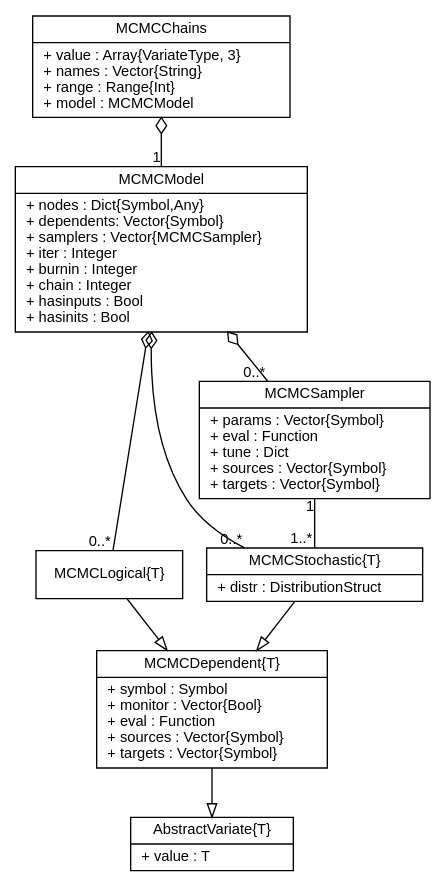
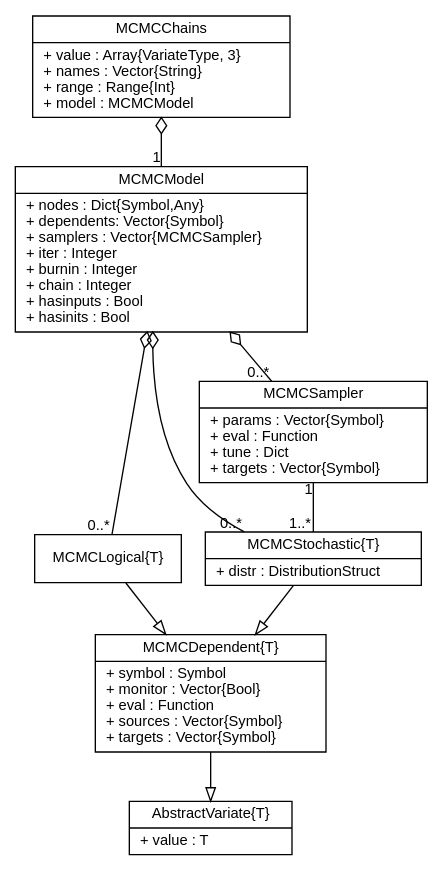
The diagram in doc/images/mcmcUML.dot (brian-j-smith/Mamba.jl), drawn with Graphviz before and after one commit. The commit also changed 7 other files, not shown here.

Commit message:
Removed MCMCSampler sources field, and fixed transform logic in logpdf methods.

```diff
--- a/doc/images/mcmcUML.dot
+++ b/doc/images/mcmcUML.dot
@@ -1,34 +1,34 @@
 graph MCMC {
 	fontname = "Helvetica"
 	fontsize = 11
 	overlap = scalexy
 	sep = "+0,26"
 
 	node [fontname = "Helvetica", fontsize = 11, shape = record]
 
 	edge [fontname = "Helvetica", fontsize = 11, dir = both, arrowtail = none, arrowhead = none]
 
 	AbstractVariate [label = "{AbstractVariate\{T\}|+ value : T\l}"]
 
 	MCMCDependent [label = "{MCMCDependent\{T\}|+ symbol : Symbol\l+ monitor : Vector\{Bool\}\l+ eval : Function\l+ sources : Vector\{Symbol\}\l+ targets : Vector\{Symbol\}\l}"]
 	
 	MCMCLogical [label = "{MCMCLogical\{T\}}"]
 	
 	MCMCStochastic [label = "{MCMCStochastic\{T\}|+ distr : DistributionStruct\l}"]
 
-	MCMCSampler [label = "{MCMCSampler|+ params : Vector\{Symbol\}\l+ eval : Function\l+ tune : Dict\l+ sources : Vector\{Symbol\}\l+ targets : Vector\{Symbol\}\l}"]
+	MCMCSampler [label = "{MCMCSampler|+ params : Vector\{Symbol\}\l+ eval : Function\l+ tune : Dict\l+ targets : Vector\{Symbol\}\l}"]
 	
 	MCMCModel [label = "{MCMCModel|+ nodes : Dict\{Symbol,Any\}\l+ dependents: Vector\{Symbol\}\l+ samplers : Vector\{MCMCSampler\}\l+ iter : Integer\l+ burnin : Integer\l+ chain : Integer\l+ hasinputs : Bool\l+ hasinits : Bool\l}"]
 	
 	MCMCChains [label = "{MCMCChains|+ value : Array\{VariateType, 3\}\l+ names : Vector\{String\}\l+ range : Range\{Int\}\l+ model : MCMCModel\l}"]
 
 	MCMCDependent -- AbstractVariate[len = 0.9, arrowhead = empty]
 	MCMCLogical -- MCMCDependent[arrowhead = empty]
 	MCMCStochastic -- MCMCDependent[arrowhead = empty]
 	MCMCSampler -- MCMCStochastic[len = 1.2, taillabel = "1", headlabel = "1..*"]
 	MCMCModel -- MCMCSampler[arrowtail = odiamond, headlabel = "0..*"]
 	MCMCModel -- MCMCLogical[arrowtail = odiamond, headlabel = "0..*"]
 	MCMCModel -- MCMCStochastic[arrowtail = odiamond, headlabel = "0..*"]
 	MCMCChains -- MCMCModel[len = 1.2, arrowtail = odiamond, headlabel = "1"]
 
 }
```
